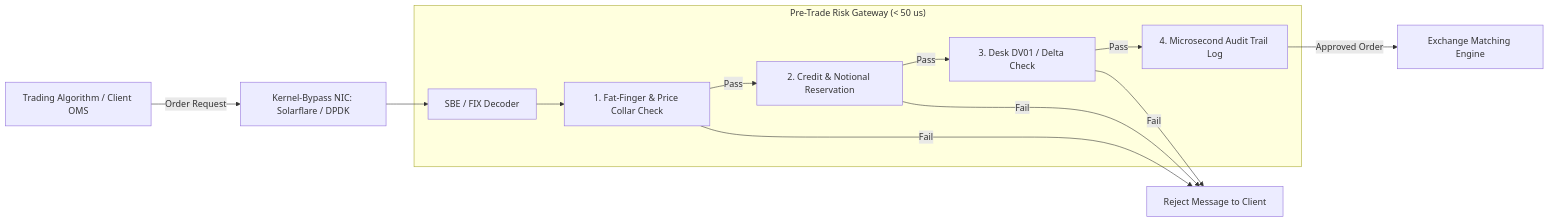
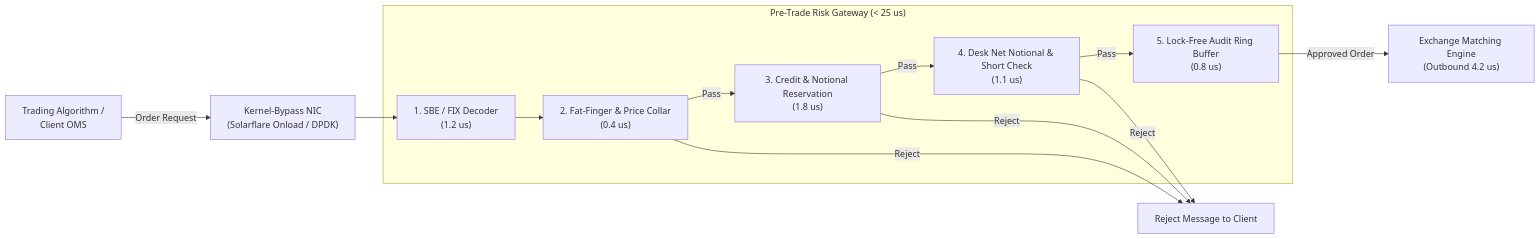
The first of 2 diagrams in 18-Pricing-and-Risk-Systems/08-Intraday-Risk-and-Pre-Trade-Limits.md (shreejitverma/The-Quant-Prep), drawn with Mermaid before and after one commit. The commit also changed other lines of this file and 25 other files, not shown here.

````diff
--- a/18-Pricing-and-Risk-Systems/08-Intraday-Risk-and-Pre-Trade-Limits.md
+++ b/18-Pricing-and-Risk-Systems/08-Intraday-Risk-and-Pre-Trade-Limits.md
@@ -45,23 +46,23 @@
 ```mermaid
 flowchart LR
-    Client[Trading Algorithm / Client OMS] -->|Order Request| Net[Kernel-Bypass NIC: Solarflare / DPDK]
+    Client["Trading Algorithm /\nClient OMS"] -->|Order Request| Net["Kernel-Bypass NIC\n(Solarflare Onload / DPDK)"]
     
-    subgraph Gateway["Pre-Trade Risk Gateway (< 50 us)"]
-        Parser[SBE / FIX Decoder]
-        FatFinger[1. Fat-Finger & Price Collar Check]
-        CreditCheck[2. Credit & Notional Reservation]
-        GreekCheck[3. Desk DV01 / Delta Check]
-        AuditLog[4. Microsecond Audit Trail Log]
+    subgraph Gateway["Pre-Trade Risk Gateway (< 25 us)"]
+        Parser["1. SBE / FIX Decoder\n(1.2 us)"]
+        FatFinger["2. Fat-Finger & Price Collar\n(0.4 us)"]
+        CreditCheck["3. Credit & Notional Reservation\n(1.8 us)"]
+        GreekCheck["4. Desk Net Notional & Short Check\n(1.1 us)"]
+        AuditLog["5. Lock-Free Audit Ring Buffer\n(0.8 us)"]
     end
 
     Net --> Parser
     Parser --> FatFinger
     FatFinger -->|Pass| CreditCheck
     CreditCheck -->|Pass| GreekCheck
     GreekCheck -->|Pass| AuditLog
     
-    AuditLog -->|Approved Order| Exchange[Exchange Matching Engine]
-    FatFinger -->|Fail| Reject[Reject Message to Client]
-    CreditCheck -->|Fail| Reject
-    GreekCheck -->|Fail| Reject
+    AuditLog -->|Approved Order| Exchange["Exchange Matching Engine\n(Outbound 4.2 us)"]
+    FatFinger -->|Reject| RejectMsg["Reject Message to Client"]
+    CreditCheck -->|Reject| RejectMsg
+    GreekCheck -->|Reject| RejectMsg
 ```
````
